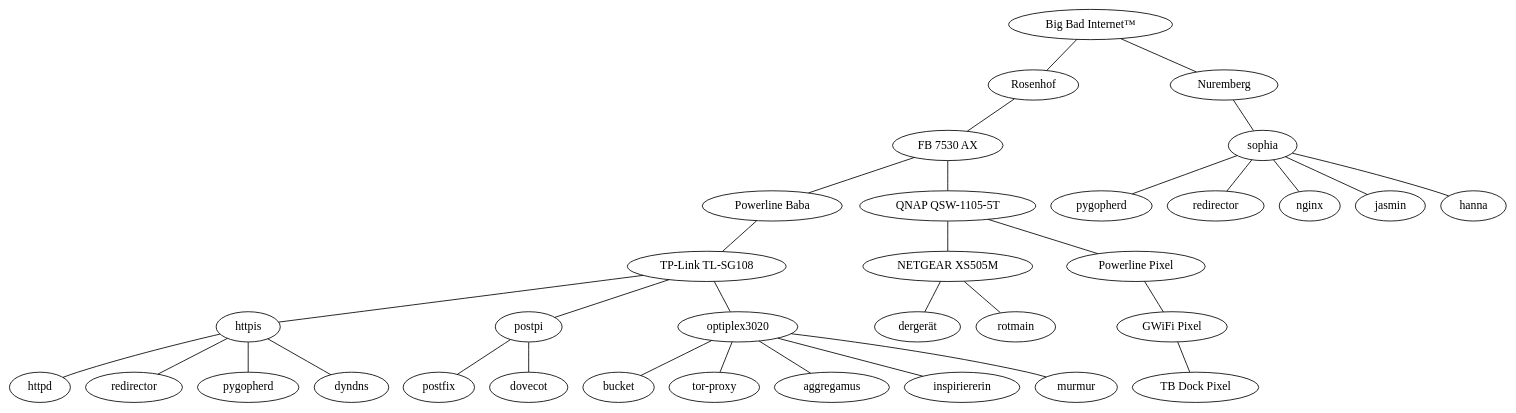
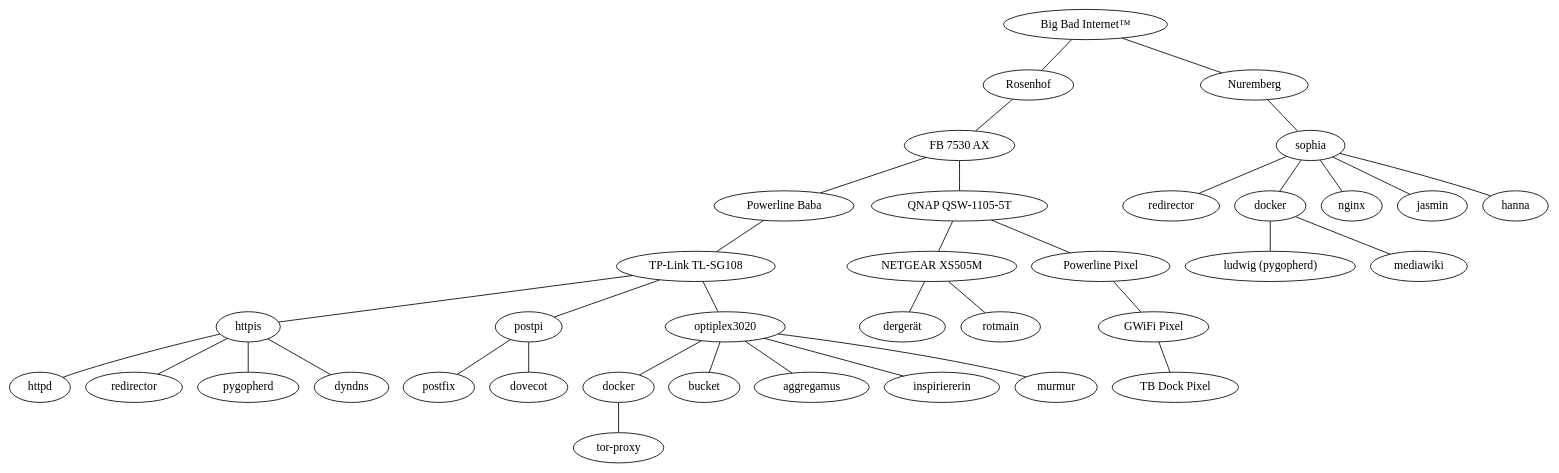
One commit to chrissxMedia/chrissx.de.conf.sh changed the diagram in infra.dot. Above: the diagram before and after it, drawn with Graphviz. The commit also changed 1 other file, not shown here.

Commit message:
more detailed infra graph

```diff
--- a/infra.dot
+++ b/infra.dot
@@ -1,42 +1,46 @@
 graph {
   "Big Bad Internet™" -- Rosenhof
 
   Rosenhof -- "FB 7530 AX"
   "FB 7530 AX" -- "Powerline Baba"
   "FB 7530 AX" -- "QNAP QSW-1105-5T"
   "QNAP QSW-1105-5T" -- "NETGEAR XS505M"
   "NETGEAR XS505M" -- dergerät
   "QNAP QSW-1105-5T" -- "Powerline Pixel"
   "Powerline Pixel" -- "GWiFi Pixel"
   "GWiFi Pixel" -- "TB Dock Pixel"
   "Powerline Baba" -- "TP-Link TL-SG108"
 
   "NETGEAR XS505M" -- rotmain
 
   "TP-Link TL-SG108" -- httpis
   httpis -- httpd
   httpis -- redirector
   httpis -- pygopherd
   httpis -- dyndns
 
   "TP-Link TL-SG108" -- postpi
   postpi -- postfix
   postpi -- dovecot
 
   "TP-Link TL-SG108" -- optiplex3020
+  dockerop [label=docker]
+  optiplex3020 -- dockerop
+  dockerop -- "tor-proxy"
   optiplex3020 -- bucket
-  optiplex3020 -- "tor-proxy"
   optiplex3020 -- aggregamus
   optiplex3020 -- inspiriererin
   optiplex3020 -- murmur
 
   "Big Bad Internet™" -- Nuremberg
   Nuremberg -- sophia
-  pygopherdkek [label=pygopherd]
   redirectorkek [label=redirector]
+  dockersophia [label=docker]
   sophia -- nginx
-  sophia -- pygopherdkek
+  sophia -- dockersophia
+  dockersophia -- "ludwig (pygopherd)"
+  dockersophia -- mediawiki
   sophia -- redirectorkek
   sophia -- jasmin
   sophia -- hanna
 }
```
